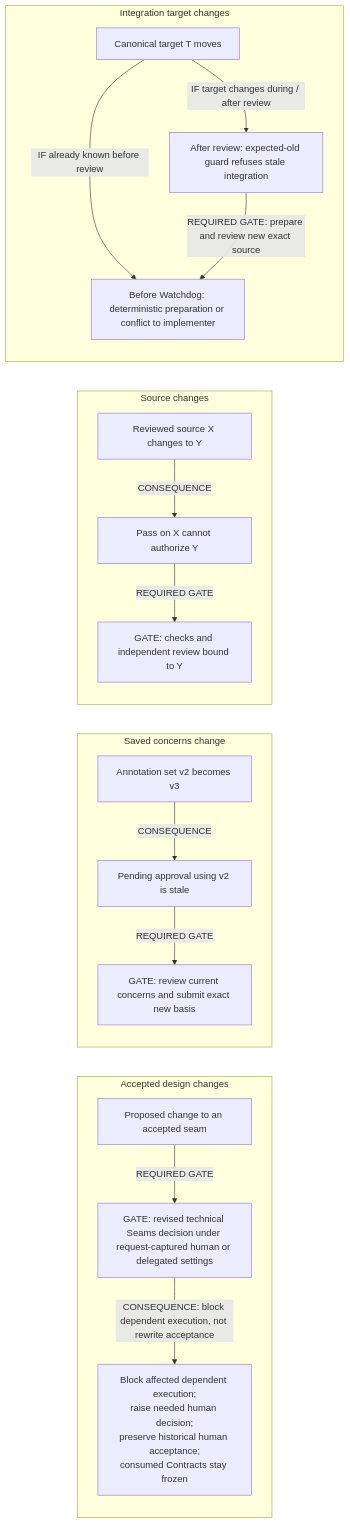
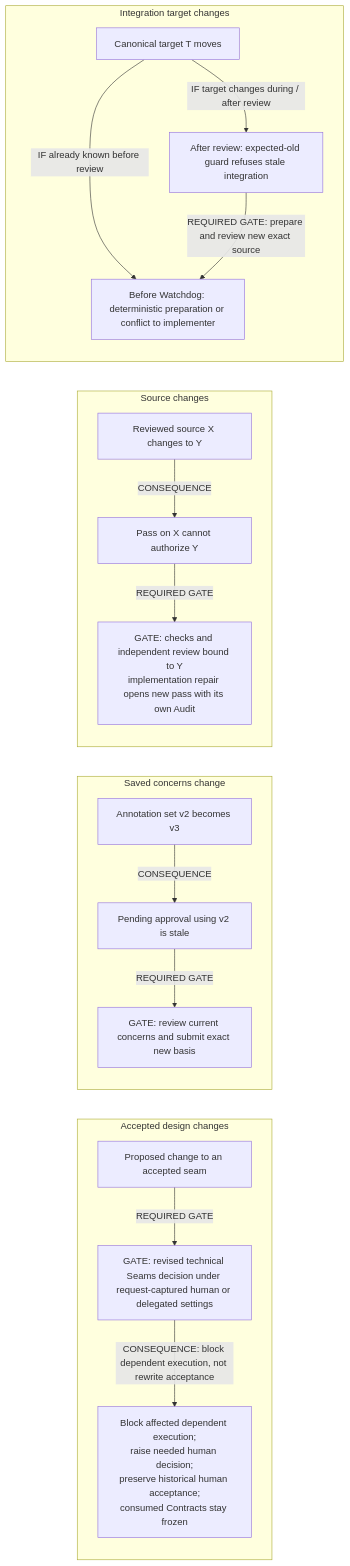
The ninth of 13 diagrams in docs/spec.md (vicrdguez/render), drawn with Mermaid before and after one commit. The commit also changed other lines of this file, not shown here.

````diff
--- a/docs/spec.md
+++ b/docs/spec.md
@@ -975,32 +998,32 @@
 ```mermaid
 flowchart LR
     subgraph Design["Accepted design changes"]
         A["Proposed change to an accepted seam"]
         B["GATE: revised technical Seams decision under request-captured human or delegated settings"]
         C["Block affected dependent execution;<br/>raise needed human decision;<br/>preserve historical human acceptance;<br/>consumed Contracts stay frozen"]
         A -->|"REQUIRED GATE"| B
         B -->|"CONSEQUENCE: block dependent execution, not rewrite acceptance"| C
     end
     subgraph Annotation["Saved concerns change"]
         D["Annotation set v2 becomes v3"]
         E["Pending approval using v2 is stale"]
         F["GATE: review current concerns and submit exact new basis"]
         D -->|"CONSEQUENCE"| E
         E -->|"REQUIRED GATE"| F
     end
     subgraph Source["Source changes"]
         G["Reviewed source X changes to Y"]
         H["Pass on X cannot authorize Y"]
-        I["GATE: checks and independent review bound to Y"]
+        I["GATE: checks and independent review bound to Y<br/>implementation repair opens new pass with its own Audit"]
         G -->|"CONSEQUENCE"| H
         H -->|"REQUIRED GATE"| I
     end
     subgraph Target["Integration target changes"]
         J["Canonical target T moves"]
         K["Before Watchdog: deterministic preparation or conflict to implementer"]
         L["After review: expected-old guard refuses stale integration"]
         J -->|"IF already known before review"| K
         J -->|"IF target changes during / after review"| L
         L -->|"REQUIRED GATE: prepare and review new exact source"| K
     end
 ```
````
